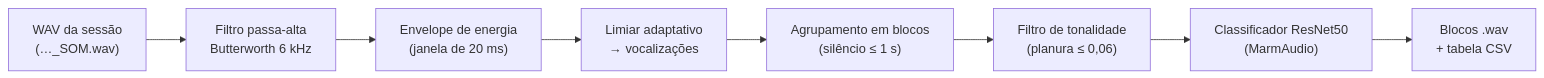
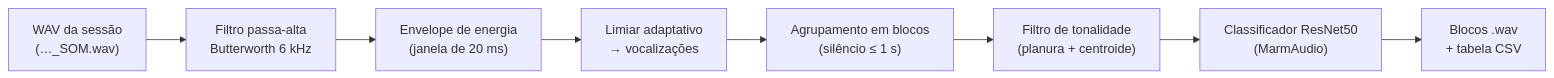
One commit to DvdMeneses/marmovoc changed the diagram in README.md. Above: the diagram before and after it, drawn with Mermaid. The commit also changed other lines of this file and 7 other files, not shown here.

First line of the commit message:
Filtro de tonalidade com centroide espectral; versão 0.6.0

````diff
--- a/README.md
+++ b/README.md
@@ -34,10 +34,10 @@
 ```mermaid
 flowchart LR
     A["WAV da sessão<br/>(…_SOM.wav)"] --> B["Filtro passa-alta<br/>Butterworth 6 kHz"]
     B --> C["Envelope de energia<br/>(janela de 20 ms)"]
     C --> D["Limiar adaptativo<br/>→ vocalizações"]
     D --> E["Agrupamento em blocos<br/>(silêncio ≤ 1 s)"]
-    E --> T["Filtro de tonalidade<br/>(planura ≤ 0,06)"]
+    E --> T["Filtro de tonalidade<br/>(planura + centroide)"]
     T --> F["Classificador ResNet50<br/>(MarmAudio)"]
     F --> G["Blocos .wav<br/>+ tabela CSV"]
 ```
````
